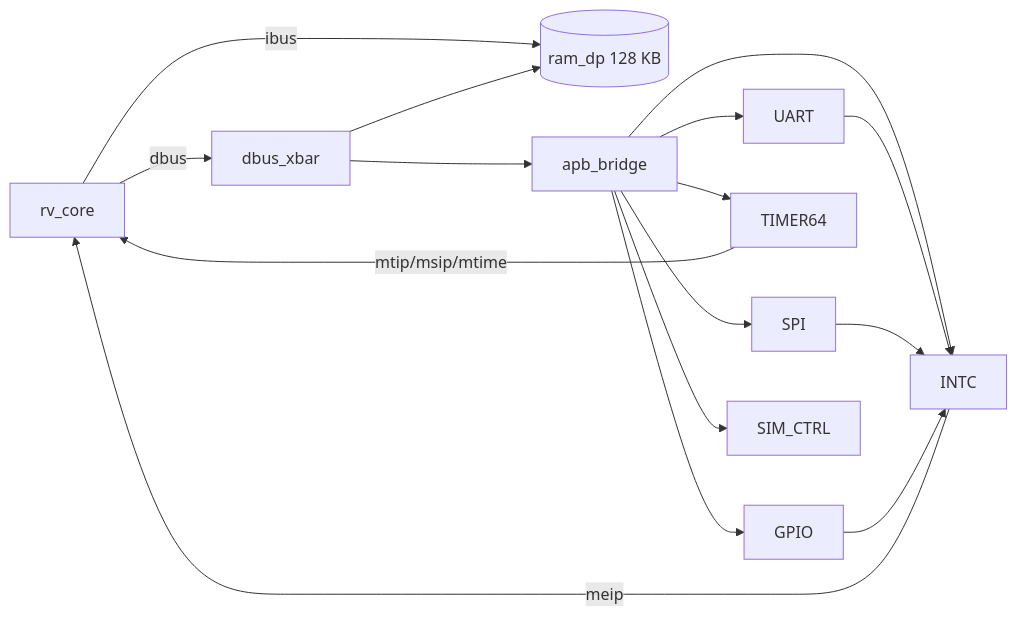
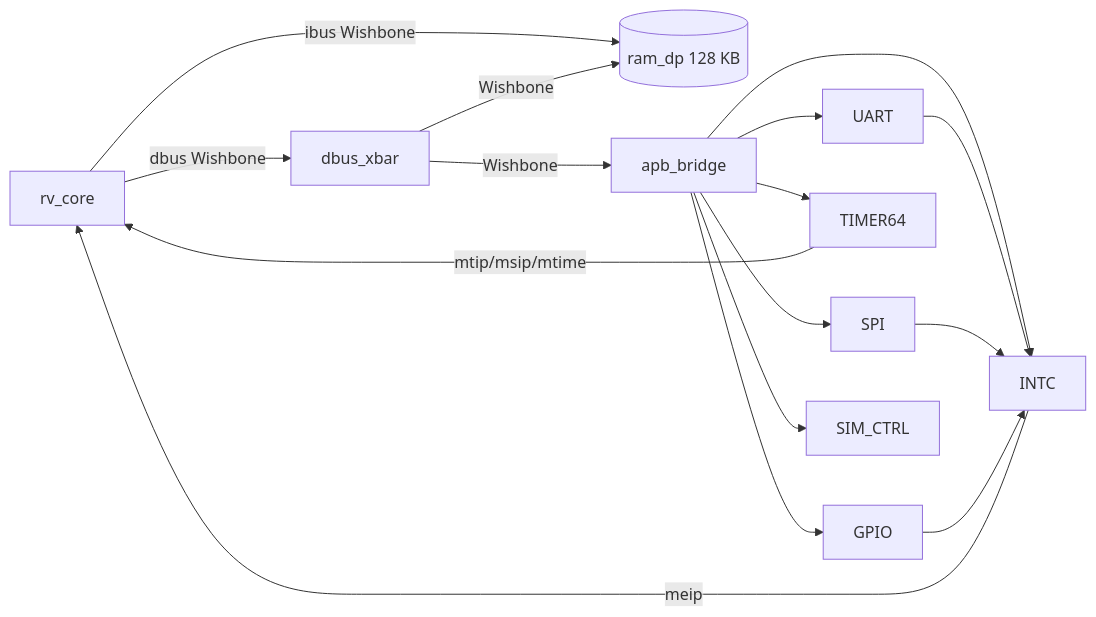
Before and after one commit to danhle396/doanthietke: the diagram in docs/diagrams/soc.mmd, drawn with Mermaid. The commit also changed 228 other files, not shown here.

```diff
--- a/docs/diagrams/soc.mmd
+++ b/docs/diagrams/soc.mmd
@@ -1,8 +1,8 @@
 flowchart LR
-  CORE[rv_core] -- ibus --> RAM[(ram_dp 128 KB)]
-  CORE -- dbus --> XBAR[dbus_xbar]
-  XBAR --> RAM
-  XBAR --> BR[apb_bridge]
+  CORE[rv_core] -- ibus Wishbone --> RAM[(ram_dp 128 KB)]
+  CORE -- dbus Wishbone --> XBAR[dbus_xbar]
+  XBAR -- Wishbone --> RAM
+  XBAR -- Wishbone --> BR[apb_bridge]
   BR --> UART & SPI & TIMER[TIMER64] & GPIO & INTC & SIM[SIM_CTRL]
   TIMER -- mtip/msip/mtime --> CORE
   UART & SPI & GPIO --> INTC -- meip --> CORE
```
